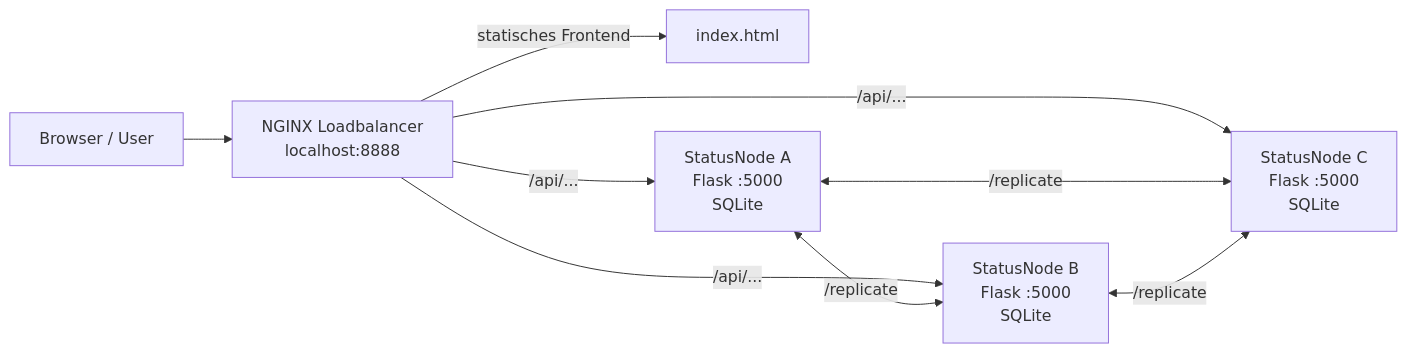
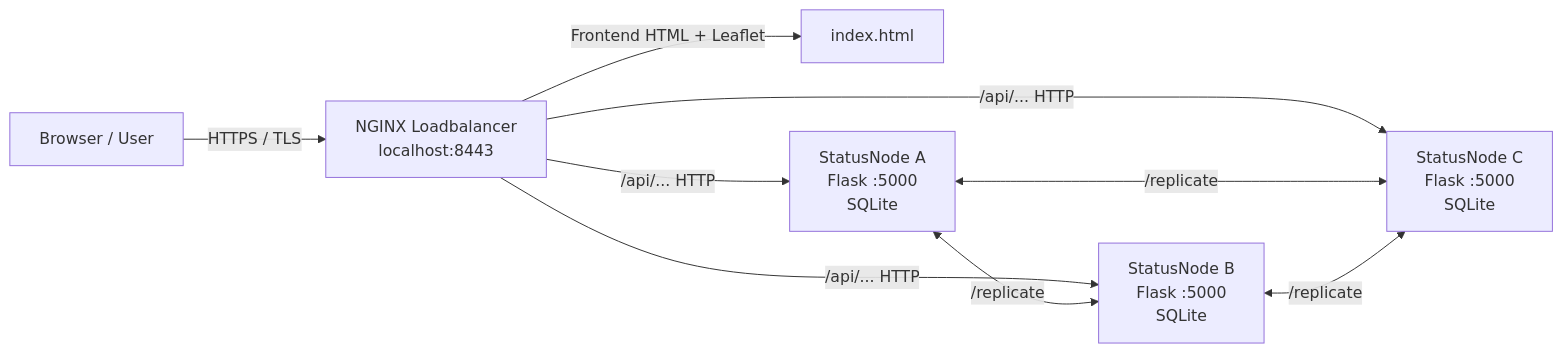
The diagram in docs/architecture-blueprint.md (Jerenic/tevs_abschlussprojekt_gruppe_7), drawn with Mermaid before and after one commit. The commit also changed other lines of this file and 4 other files, not shown here.

Commit message:
docs: update README and docs for HTTPS and the map frontend

````diff
--- a/docs/architecture-blueprint.md
+++ b/docs/architecture-blueprint.md
@@ -9,11 +9,11 @@
 ```mermaid
 flowchart LR
-    U[Browser / User] --> LB[NGINX Loadbalancer<br/>localhost:8888]
-    LB -->|statisches Frontend| FE[index.html]
-    LB -->|/api/...| A[StatusNode A<br/>Flask :5000<br/>SQLite]
-    LB -->|/api/...| B[StatusNode B<br/>Flask :5000<br/>SQLite]
-    LB -->|/api/...| C[StatusNode C<br/>Flask :5000<br/>SQLite]
+    U[Browser / User] -->|HTTPS / TLS| LB[NGINX Loadbalancer<br/>localhost:8443]
+    LB -->|Frontend HTML + Leaflet| FE[index.html]
+    LB -->|/api/... HTTP| A[StatusNode A<br/>Flask :5000<br/>SQLite]
+    LB -->|/api/... HTTP| B[StatusNode B<br/>Flask :5000<br/>SQLite]
+    LB -->|/api/... HTTP| C[StatusNode C<br/>Flask :5000<br/>SQLite]
     A <-->|/replicate| B
     A <-->|/replicate| C
     B <-->|/replicate| C
 ```
````
